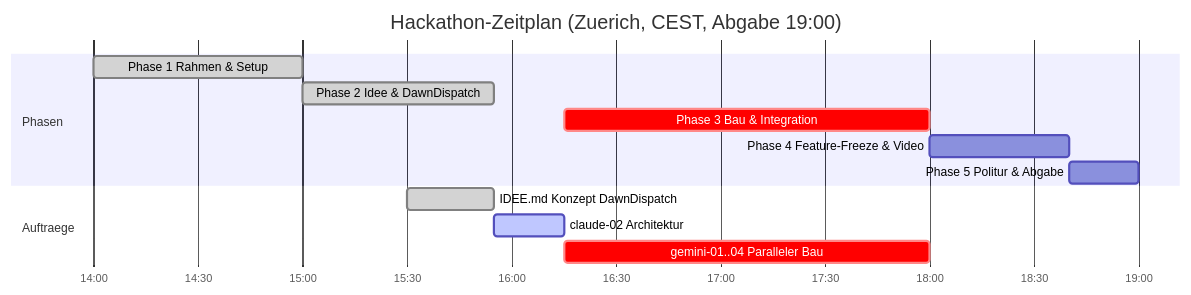
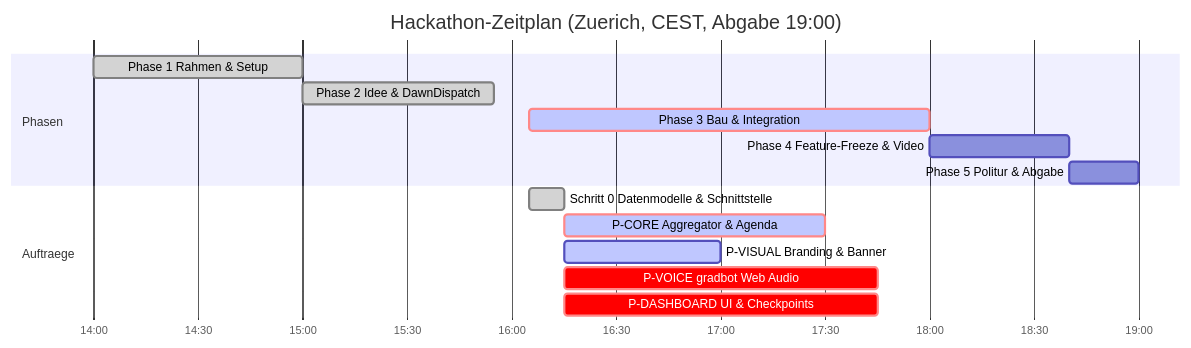
The diagram in STAND.md (Philipp2agent/agentic-hack-google), drawn with Mermaid before and after one commit. The commit also changed other lines of this file and 5 other files, not shown here.

Commit message:
feat: Schritt 0 Datenmodelle, Schnittstellendokumentation & Lagebrett aktualisiert

````diff
--- a/STAND.md
+++ b/STAND.md
@@ -24,16 +25,18 @@
 ```mermaid
 gantt
   title Hackathon-Zeitplan (Zuerich, CEST, Abgabe 19:00)
   dateFormat HH:mm
   axisFormat %H:%M
   section Phasen
   Phase 1 Rahmen & Setup         :done, p1, 14:00, 15:00
   Phase 2 Idee & DawnDispatch    :done, p2, 15:00, 15:55
-  Phase 3 Bau & Integration      :crit, p3, 16:15, 18:00
+  Phase 3 Bau & Integration      :crit, active, p3, 16:05, 18:00
   Phase 4 Feature-Freeze & Video :p4, 18:00, 18:40
   Phase 5 Politur & Abgabe       :p5, 18:40, 19:00
   section Auftraege
-  IDEE.md Konzept DawnDispatch   :done, t_idee, 15:30, 15:55
-  claude-02 Architektur          :active, t_cl2, 15:55, 16:15
-  gemini-01..04 Paralleler Bau   :crit, t_gem, 16:15, 18:00
+  Schritt 0 Datenmodelle & Schnittstelle :done, s0, 16:05, 16:15
+  P-CORE Aggregator & Agenda    :crit, active, p_core, 16:15, 17:30
+  P-VISUAL Branding & Banner    :active, p_vis, 16:15, 17:00
+  P-VOICE gradbot Web Audio     :crit, p_voi, 16:15, 17:45
+  P-DASHBOARD UI & Checkpoints  :crit, p_dash, 16:15, 17:45
 ```
````
